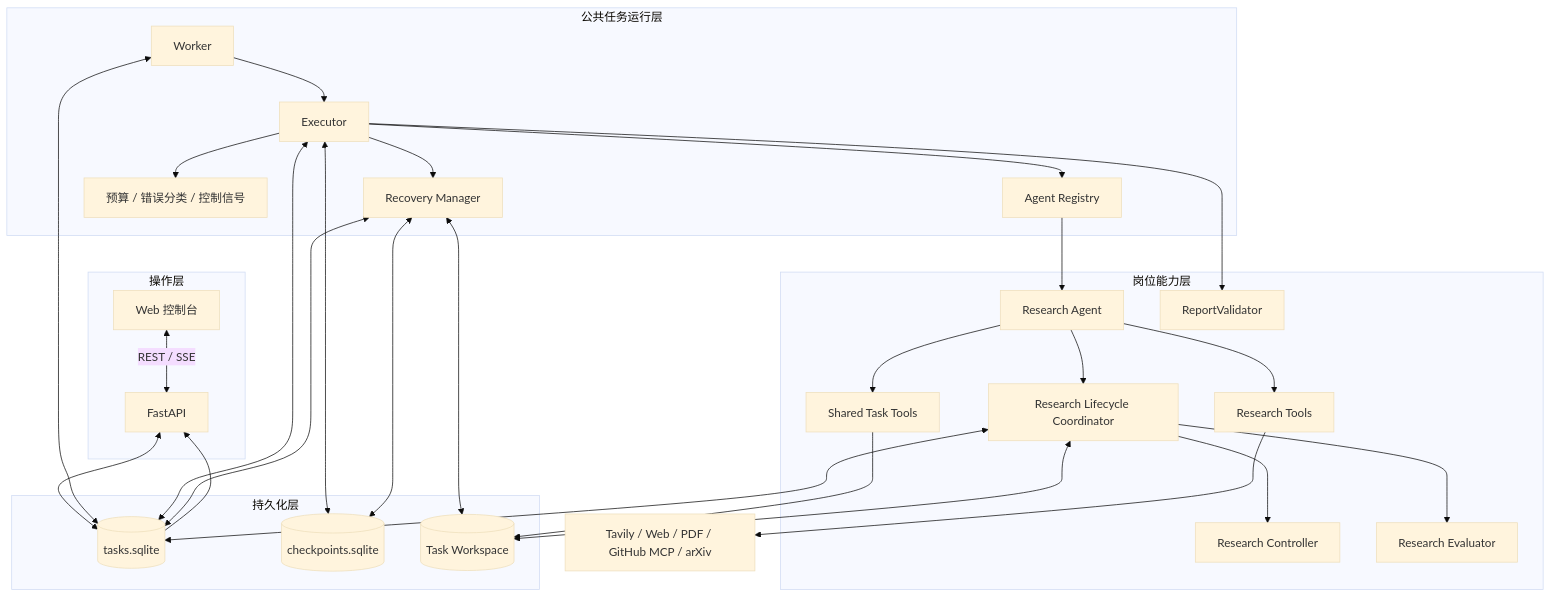
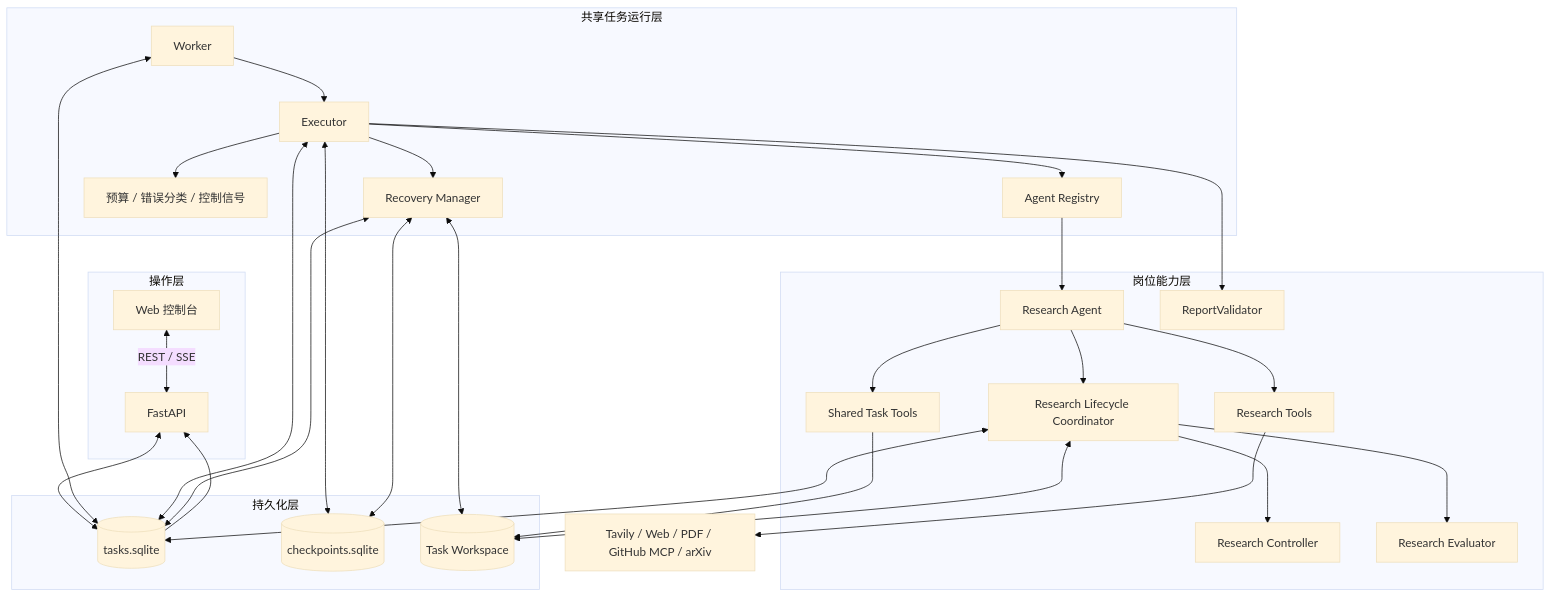
Before and after one commit to guan24/research-digital-employee: the first of 2 diagrams in DESIGN_OVERVIEW.md, drawn with Mermaid (base theme). The commit also changed other lines of this file and 4 other files, not shown here.

````diff
--- a/DESIGN_OVERVIEW.md
+++ b/DESIGN_OVERVIEW.md
@@ -18,54 +18,54 @@
 ```mermaid
 flowchart TB
     subgraph Operator["操作层"]
         UI["Web 控制台"]
         API["FastAPI"]
     end
 
-    subgraph Runtime["公共任务运行层"]
+    subgraph Runtime["共享任务运行层"]
         W["Worker"]
         EX["Executor"]
         REG["Agent Registry"]
         B["预算 / 错误分类 / 控制信号"]
         REC["Recovery Manager"]
     end
 
     subgraph Role["岗位能力层"]
         A["Research Agent"]
         RT["Research Tools"]
         TT["Shared Task Tools"]
         LC["Research Lifecycle Coordinator"]
         CTRL["Research Controller"]
         EVAL["Research Evaluator"]
         VAL["ReportValidator"]
     end
 
     subgraph Storage["持久化层"]
         DB[("tasks.sqlite")]
         CP[("checkpoints.sqlite")]
         FS[("Task Workspace")]
     end
 
     EXT["Tavily / Web / PDF / GitHub MCP / arXiv"]
 
     UI <-->|REST / SSE| API
     API <--> DB
     W <--> DB
     W --> EX
     EX --> REG --> A
     EX --> B
     EX --> REC
     A --> RT --> EXT
     A --> TT --> FS
     A --> LC --> CTRL
     LC --> EVAL
     EX --> VAL
     EX <--> CP
     EX <--> DB
     LC <--> DB
     LC <--> FS
     REC <--> DB
     REC <--> CP
     REC <--> FS
     DB --> API
 ```
````
